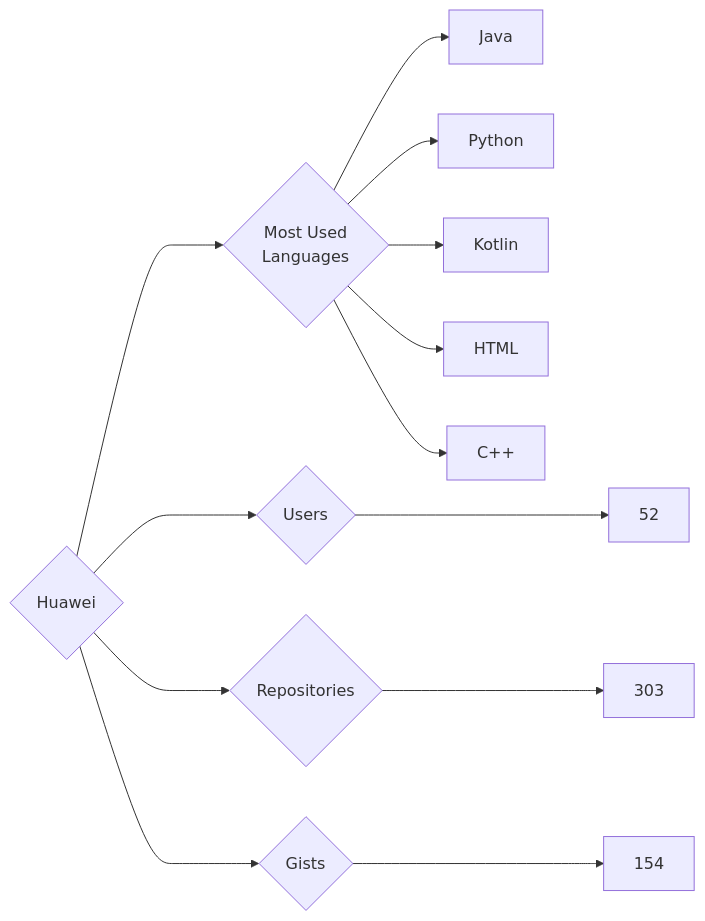
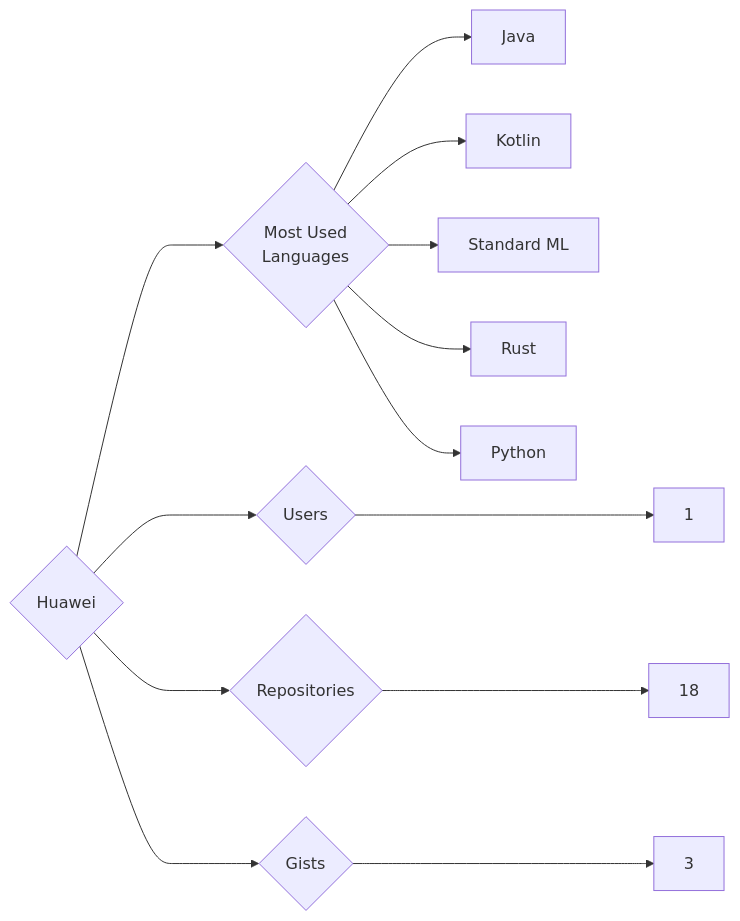
Before and after one commit to trickest/insiders: the diagram in targets/Huawei/README.md, drawn with Mermaid. The commit also changed 757 other files, not shown here.

````diff
--- a/targets/Huawei/README.md
+++ b/targets/Huawei/README.md
@@ -3,13 +3,13 @@
 ```mermaid
 graph LR
 COMPANY_NAME{Huawei}
-COMPANY_NAME ---> U{Users} ---> UN[52]
-COMPANY_NAME ---> R{Repositories} ---> RN[303]
-COMPANY_NAME ---> G{Gists} ---> GN[154]
+COMPANY_NAME ---> U{Users} ---> UN[1]
+COMPANY_NAME ---> R{Repositories} ---> RN[18]
+COMPANY_NAME ---> G{Gists} ---> GN[3]
 COMPANY_NAME ---> ML{Most Used<br>Languages}
 ML --> Java[Java]
+ML --> Kotlin[Kotlin]
+ML --> Standard_ML[Standard ML]
+ML --> Rust[Rust]
 ML --> Python[Python]
-ML --> Kotlin[Kotlin]
-ML --> HTML[HTML]
-ML --> C++[C++]
 ```
````
